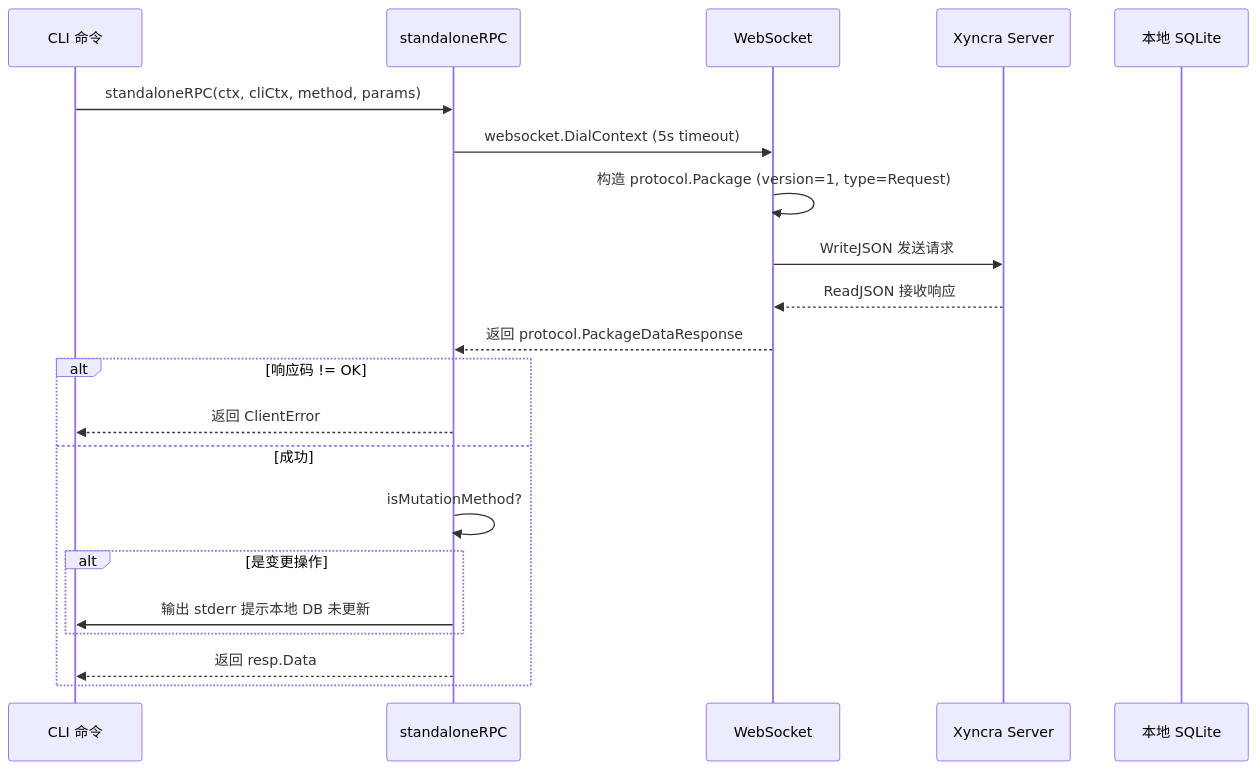
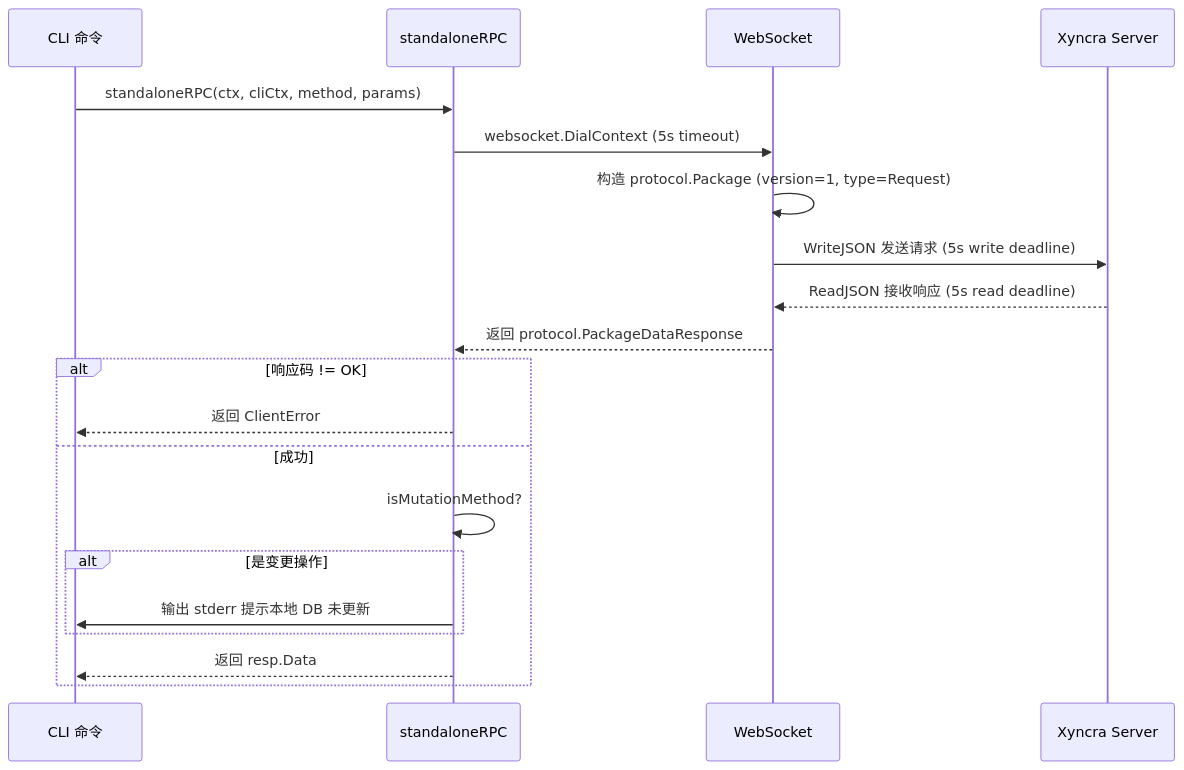
Before and after one commit to PineappleBond/xyncra-server: the sixth of 14 diagrams in wiki/flows/cli-observability.md, drawn with Mermaid. The commit also changed other lines of this file and 21 other files, not shown here.

````diff
--- a/wiki/flows/cli-observability.md
+++ b/wiki/flows/cli-observability.md
@@ -328,25 +295,24 @@
 ```mermaid
 sequenceDiagram
     participant CLI as CLI 命令
     participant Helper as standaloneRPC
     participant WS as WebSocket
     participant Server as Xyncra Server
-    participant DB as 本地 SQLite
 
     CLI->>Helper: standaloneRPC(ctx, cliCtx, method, params)
     Helper->>WS: websocket.DialContext (5s timeout)
     WS->>WS: 构造 protocol.Package (version=1, type=Request)
-    WS->>Server: WriteJSON 发送请求
-    Server-->>WS: ReadJSON 接收响应
+    WS->>Server: WriteJSON 发送请求 (5s write deadline)
+    Server-->>WS: ReadJSON 接收响应 (5s read deadline)
     WS-->>Helper: 返回 protocol.PackageDataResponse
 
     alt 响应码 != OK
         Helper-->>CLI: 返回 ClientError
     else 成功
         Helper->>Helper: isMutationMethod?
         alt 是变更操作
             Helper->>CLI: 输出 stderr 提示本地 DB 未更新
         end
         Helper-->>CLI: 返回 resp.Data
     end
 ```
````
